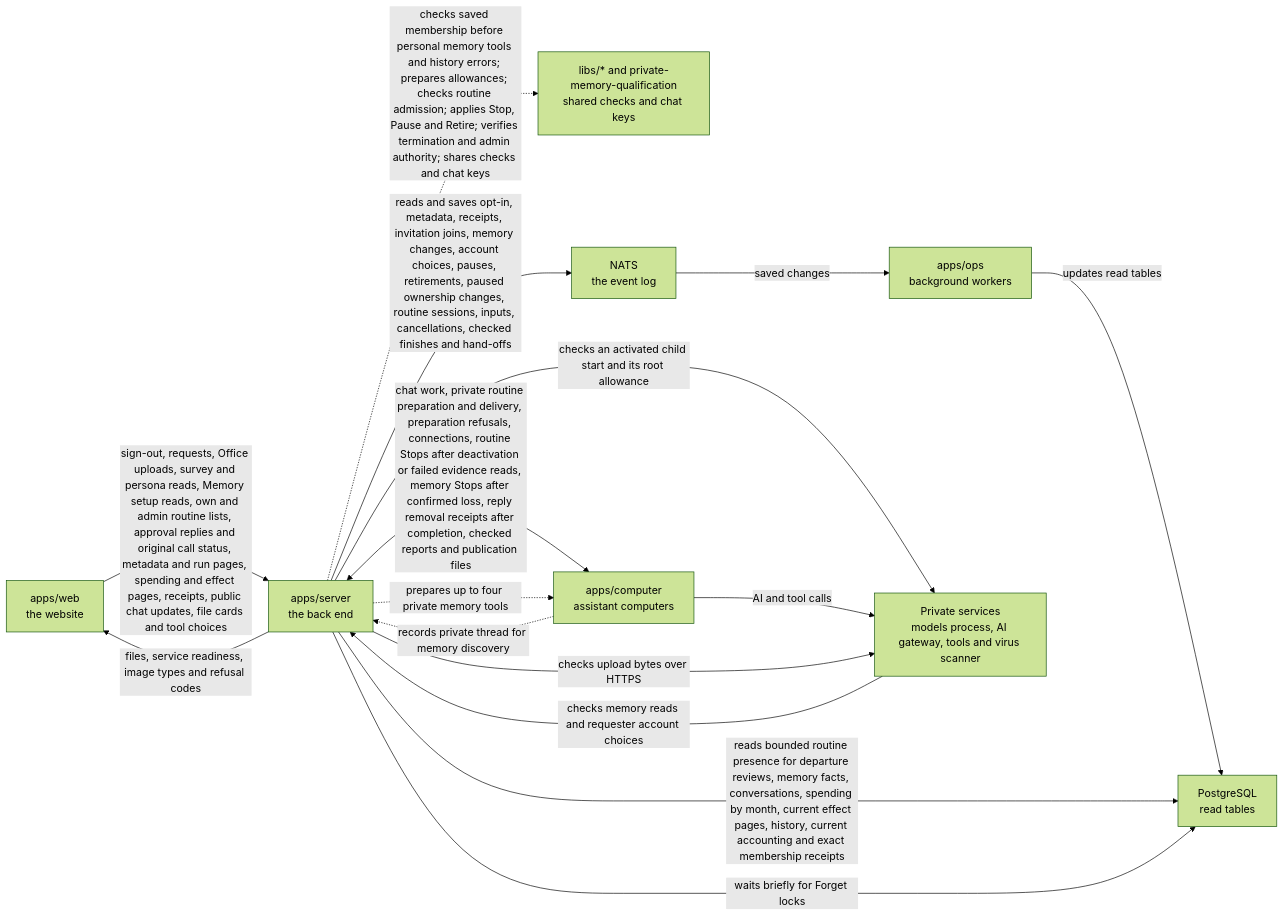
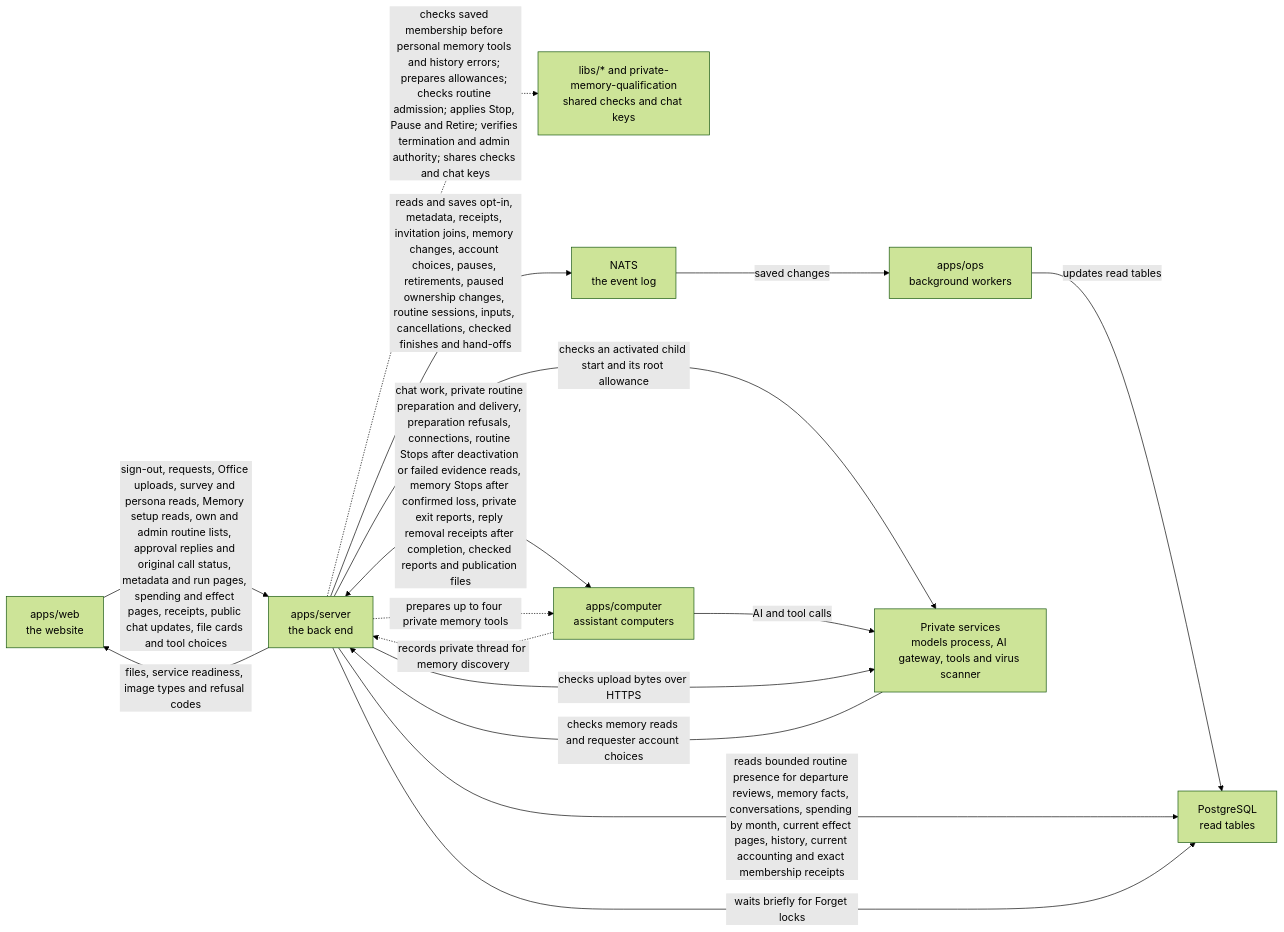
The diagram in apps/server/README.md (elewa-git/opencrane-new), drawn with Mermaid (forest theme) before and after one commit. The commit also changed other lines of this file and 30 other files, not shown here.

Commit message:
🧹 Reconcile closed private turns after process exit

````diff
--- a/apps/server/README.md
+++ b/apps/server/README.md
@@ -189,18 +192,18 @@
 ```mermaid
 flowchart LR
   web["apps/web<br/>the website"] -->|sign-out, requests, Office uploads, survey and persona reads, Memory setup reads, own and admin routine lists, approval replies and original call status, metadata and run pages, spending and effect pages, receipts, public chat updates, file cards and tool choices| server["apps/server<br/>the back end"]
   server -.->|checks saved membership before personal memory tools and history errors; prepares allowances; checks routine admission; applies Stop, Pause and Retire; verifies termination and admin authority; shares checks and chat keys| libs["libs/* and private-memory-qualification<br/>shared checks and chat keys"]
   server -->|reads and saves opt-in, metadata, receipts, invitation joins, memory changes, account choices, pauses, retirements, paused ownership changes, routine sessions, inputs, cancellations, checked finishes and hand-offs| nats["NATS<br/>the event log"]
   nats -->|saved changes| ops["apps/ops<br/>background workers"]
   ops -->|updates read tables| postgres["PostgreSQL<br/>read tables"]
   server -->|reads bounded routine presence for departure reviews, memory facts, conversations, spending by month, current effect pages, history, current accounting and exact membership receipts| postgres
   server -->|waits briefly for Forget locks| postgres
-  server <-->|chat work, private routine preparation and delivery, preparation refusals, connections, routine Stops after deactivation or failed evidence reads, memory Stops after confirmed loss, reply removal receipts after completion, checked reports and publication files| computer["apps/computer<br/>assistant computers"]
+  server <-->|chat work, private routine preparation and delivery, preparation refusals, connections, routine Stops after deactivation or failed evidence reads, memory Stops after confirmed loss, private exit reports, reply removal receipts after completion, checked reports and publication files| computer["apps/computer<br/>assistant computers"]
   server -->|checks an activated child start and its root allowance| runtime
   computer -.->|records private thread for memory discovery| server
   server -.->|prepares up to four private memory tools| computer
   computer -->|AI and tool calls| runtime["Private services<br/>models process, AI gateway, tools and virus scanner"]
   server -->|files, service readiness, image types and refusal codes| web
   server -->|checks upload bytes over HTTPS| runtime
   runtime -->|checks memory reads and requester account choices| server
 ```
````
